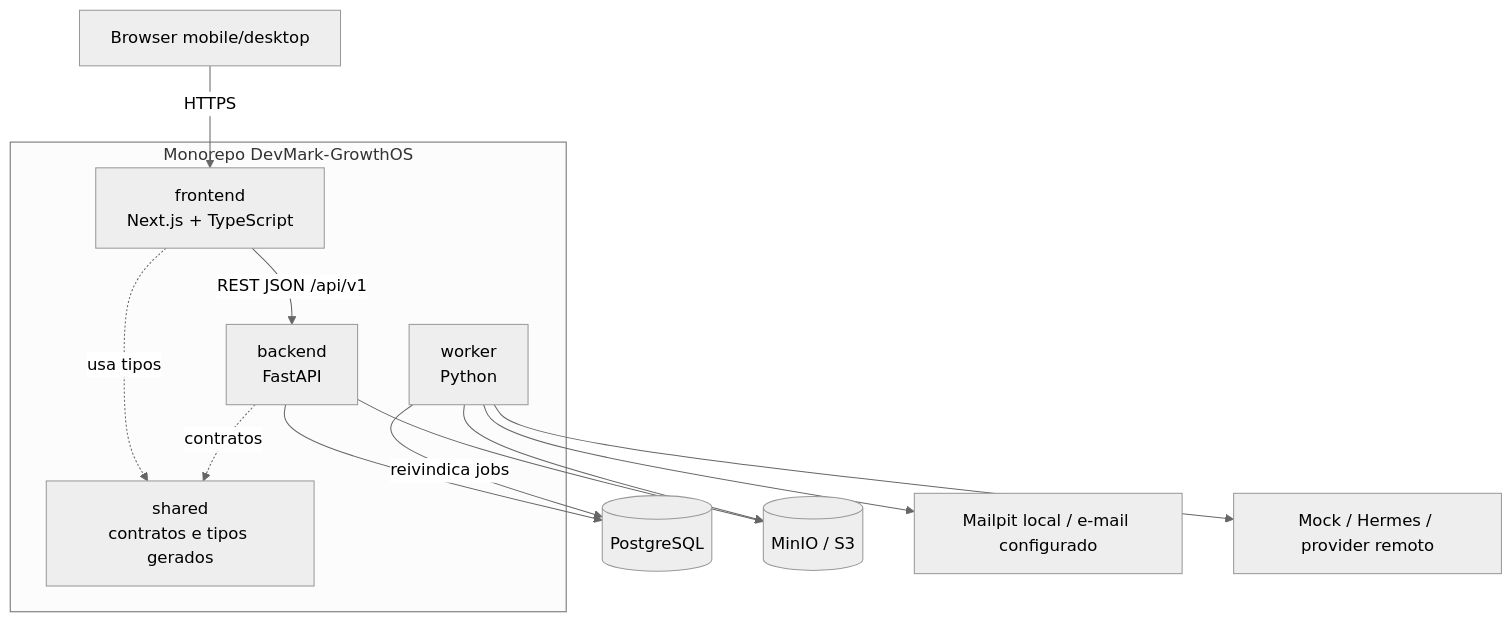
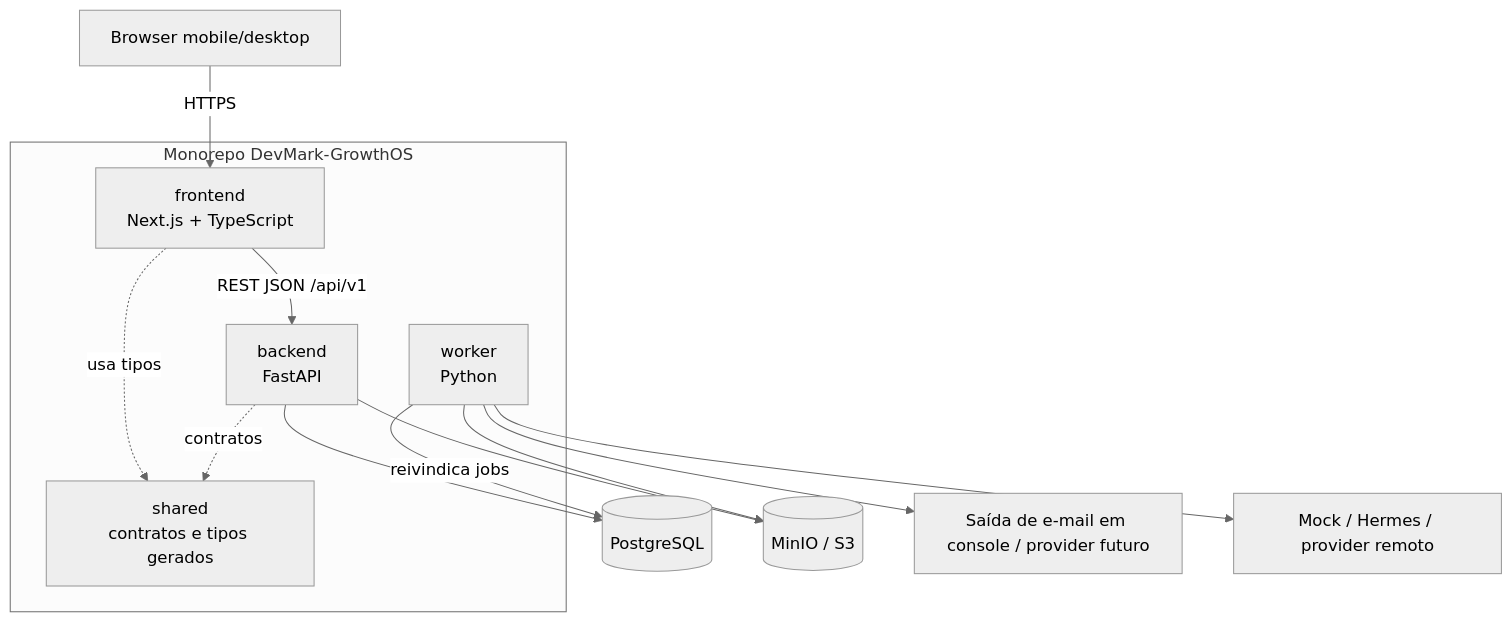
Before and after one commit to bugijo/DevMark-GrowthOS: the second of 4 diagrams in docs/03-arquitetura.md, drawn with Mermaid (neutral theme). The commit also changed other lines of this file and 9 other files, not shown here.

````diff
--- a/docs/03-arquitetura.md
+++ b/docs/03-arquitetura.md
@@ -43,27 +43,27 @@
 ```mermaid
 flowchart TB
     U[Browser mobile/desktop]
 
     subgraph Repo[Monorepo DevMark-GrowthOS]
         FE[frontend<br/>Next.js + TypeScript]
         API[backend<br/>FastAPI]
         WK[worker<br/>Python]
         SH[shared<br/>contratos e tipos gerados]
     end
 
     DB[(PostgreSQL)]
     OBJ[(MinIO / S3)]
-    EMAIL[Mailpit local / e-mail configurado]
+    EMAIL[Saída de e-mail em console / provider futuro]
     PROV[Mock / Hermes / provider remoto]
 
     U -->|HTTPS| FE
     FE -->|REST JSON /api/v1| API
     FE -. usa tipos .-> SH
     API --> DB
     API --> OBJ
     API -. contratos .-> SH
     WK -->|reivindica jobs| DB
     WK --> OBJ
     WK --> EMAIL
     WK --> PROV
 ```
````
